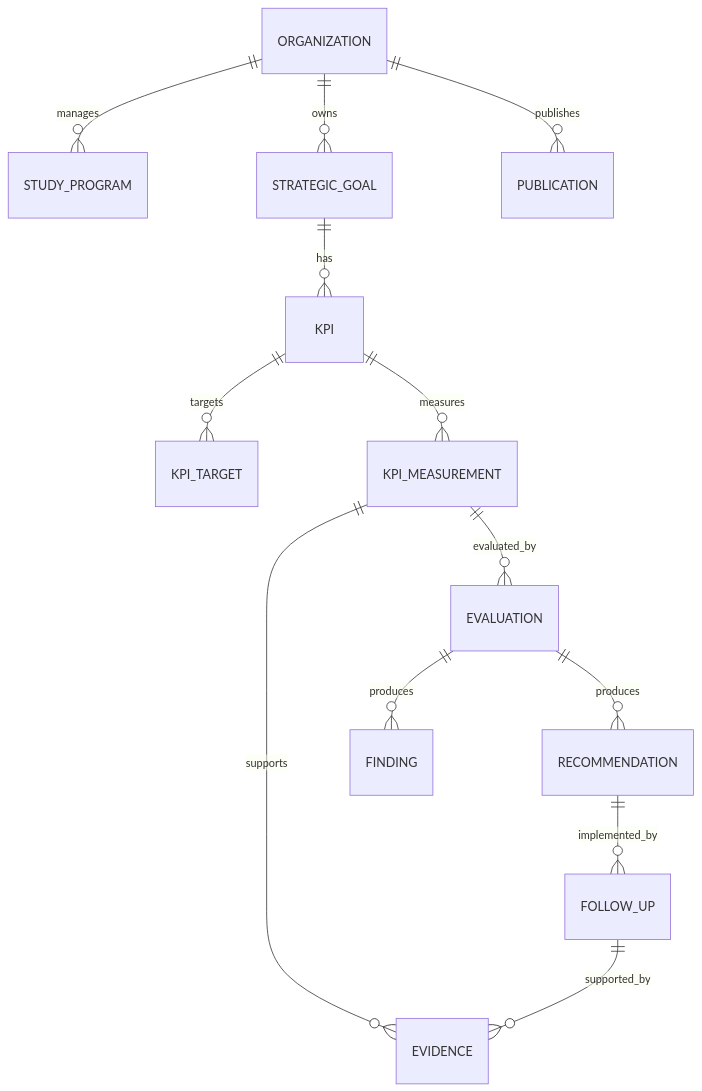
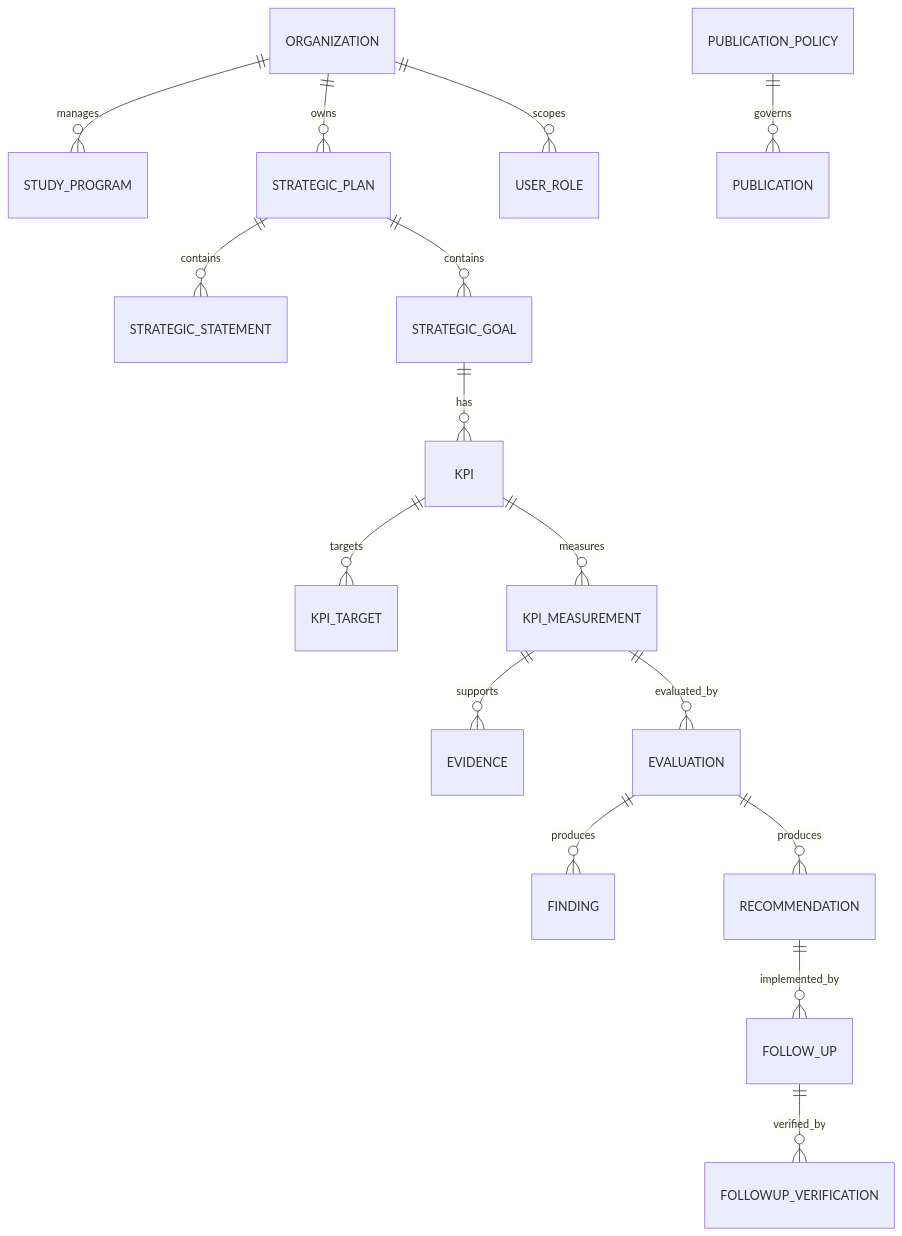
Before and after one commit to yanto-mashardi/publikasi-dan-system-evaluasi-jurusan: the diagram in docs/05-data-model.md, drawn with Mermaid. The commit also changed other lines of this file and 7 other files, not shown here.

Commit message:
Freeze architecture and prepare MVP Phase 1-4 stack

````diff
--- a/docs/05-data-model.md
+++ b/docs/05-data-model.md
@@ -5,15 +5,18 @@
 ```mermaid
 erDiagram
     ORGANIZATION ||--o{ STUDY_PROGRAM : manages
-    ORGANIZATION ||--o{ STRATEGIC_GOAL : owns
+    ORGANIZATION ||--o{ STRATEGIC_PLAN : owns
+    STRATEGIC_PLAN ||--o{ STRATEGIC_STATEMENT : contains
+    STRATEGIC_PLAN ||--o{ STRATEGIC_GOAL : contains
     STRATEGIC_GOAL ||--o{ KPI : has
     KPI ||--o{ KPI_TARGET : targets
     KPI ||--o{ KPI_MEASUREMENT : measures
     KPI_MEASUREMENT ||--o{ EVIDENCE : supports
     KPI_MEASUREMENT ||--o{ EVALUATION : evaluated_by
     EVALUATION ||--o{ FINDING : produces
     EVALUATION ||--o{ RECOMMENDATION : produces
     RECOMMENDATION ||--o{ FOLLOW_UP : implemented_by
-    FOLLOW_UP ||--o{ EVIDENCE : supported_by
-    ORGANIZATION ||--o{ PUBLICATION : publishes
+    FOLLOW_UP ||--o{ FOLLOWUP_VERIFICATION : verified_by
+    ORGANIZATION ||--o{ USER_ROLE : scopes
+    PUBLICATION_POLICY ||--o{ PUBLICATION : governs
 ```
````
